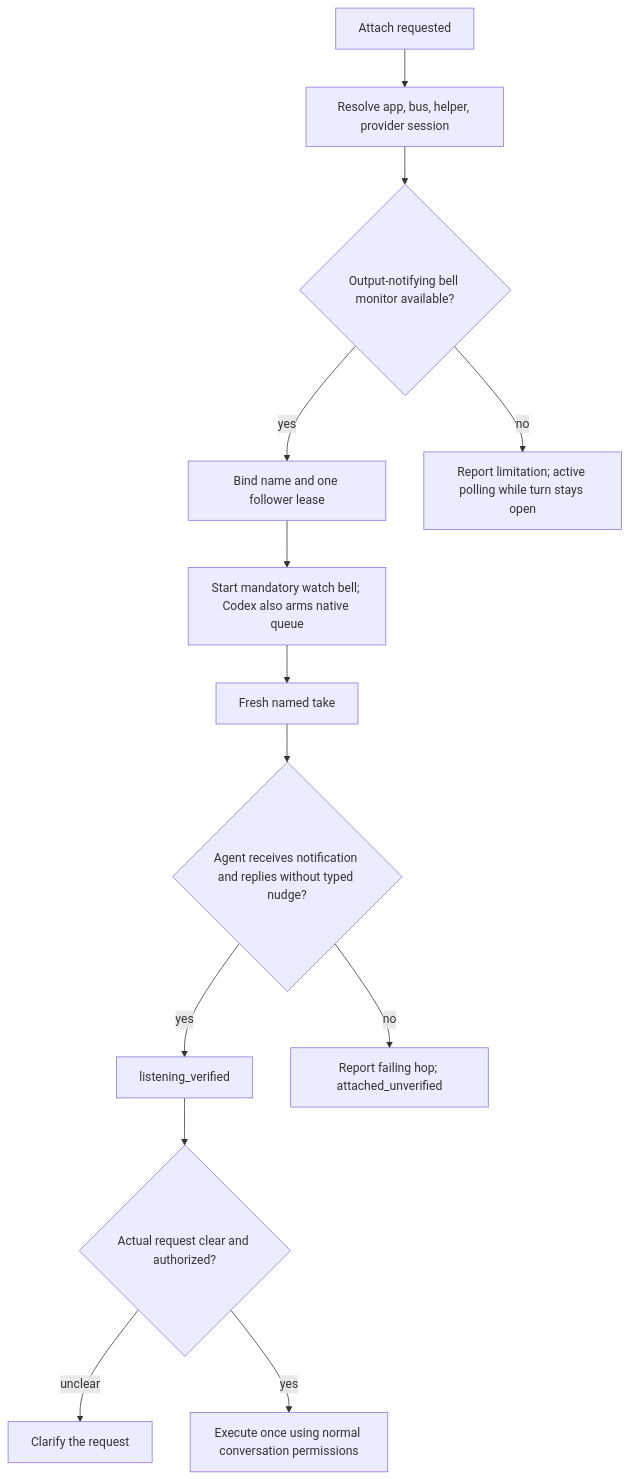
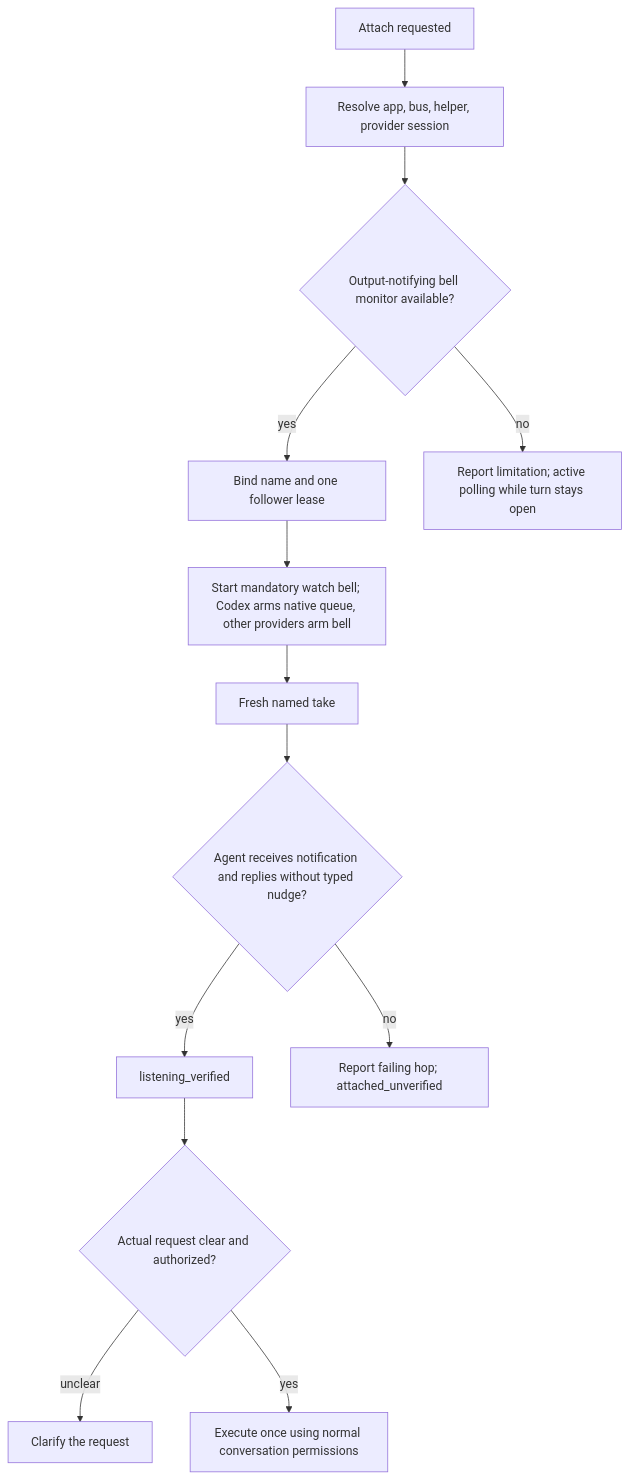
Before and after one commit to vetcoders/codescribe: the diagram in skills/codescribe/FLOW.md, drawn with Mermaid. The commit also changed other lines of this file and 6 other files, not shown here.

Commit message:
[kimi/vc-ownership] Add bell wakeup for providers without native inject

````diff
--- a/skills/codescribe/FLOW.md
+++ b/skills/codescribe/FLOW.md
@@ -5,15 +5,15 @@
 ```mermaid
 flowchart TD
     A[Attach requested] --> B[Resolve app, bus, helper, provider session]
     B --> C{Output-notifying bell monitor available?}
     C -->|yes| D[Bind name and one follower lease]
     C -->|no| E[Report limitation; active polling while turn stays open]
-    D --> M[Start mandatory watch bell; Codex also arms native queue]
+    D --> M[Start mandatory watch bell; Codex arms native queue, other providers arm bell]
     M --> F[Fresh named take]
     F --> G{Agent receives notification and replies without typed nudge?}
     G -->|yes| H[listening_verified]
     G -->|no| I[Report failing hop; attached_unverified]
     H --> J{Actual request clear and authorized?}
     J -->|unclear| K[Clarify the request]
     J -->|yes| L[Execute once using normal conversation permissions]
 ```
````
